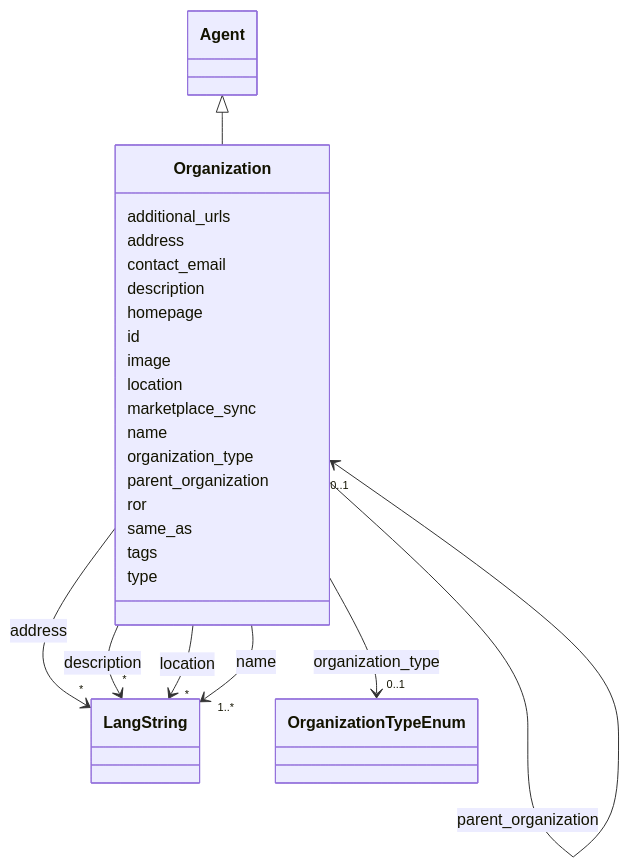
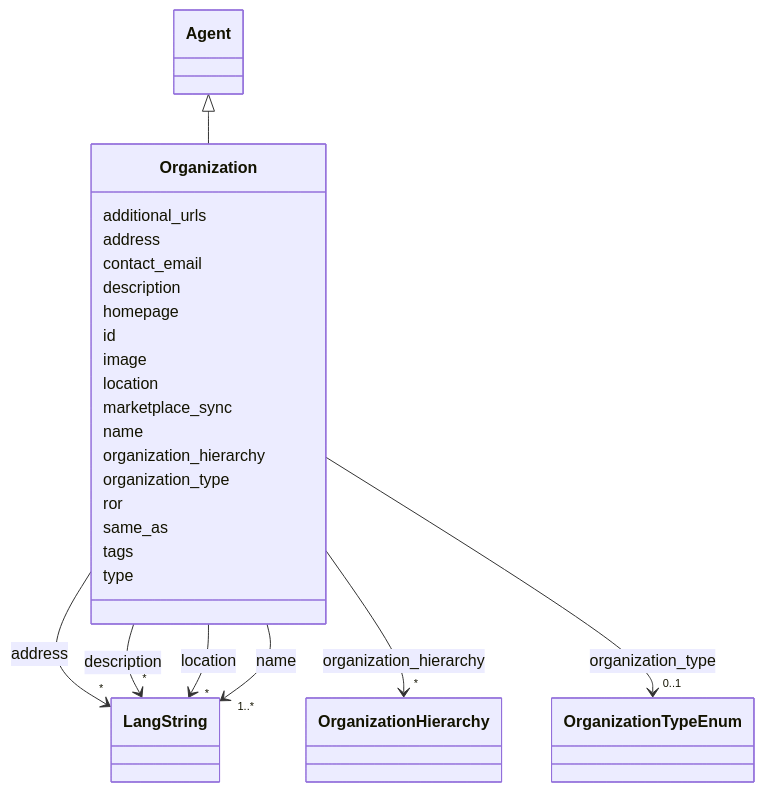
The diagram in docs/classes/Organization.md (DARIAH-IL/idhi-manifests), drawn with Mermaid before and after one commit. The commit also changed other lines of this file and 68 other files, not shown here.

```diff
--- a/docs/classes/Organization.md
+++ b/docs/classes/Organization.md
@@ -92,6 +92,19 @@
     
 
         
+      Organization : organization_hierarchy
+        
+          
+    
+        
+        
+        Organization --> "*" OrganizationHierarchy : organization_hierarchy
+        
+        click OrganizationHierarchy href "../../classes/OrganizationHierarchy/"
+        
+    
+
+        
       Organization : organization_type
         
           
@@ -101,17 +114,6 @@
         Organization --> "0..1" OrganizationTypeEnum : organization_type
         
         click OrganizationTypeEnum href "../../enums/OrganizationTypeEnum/"
-        
-    
-
-        
-      Organization : parent_organization
-        
-          
-    
-        
-        
-        Organization --> "0..1" Organization : parent_organization
         
     
 
```
